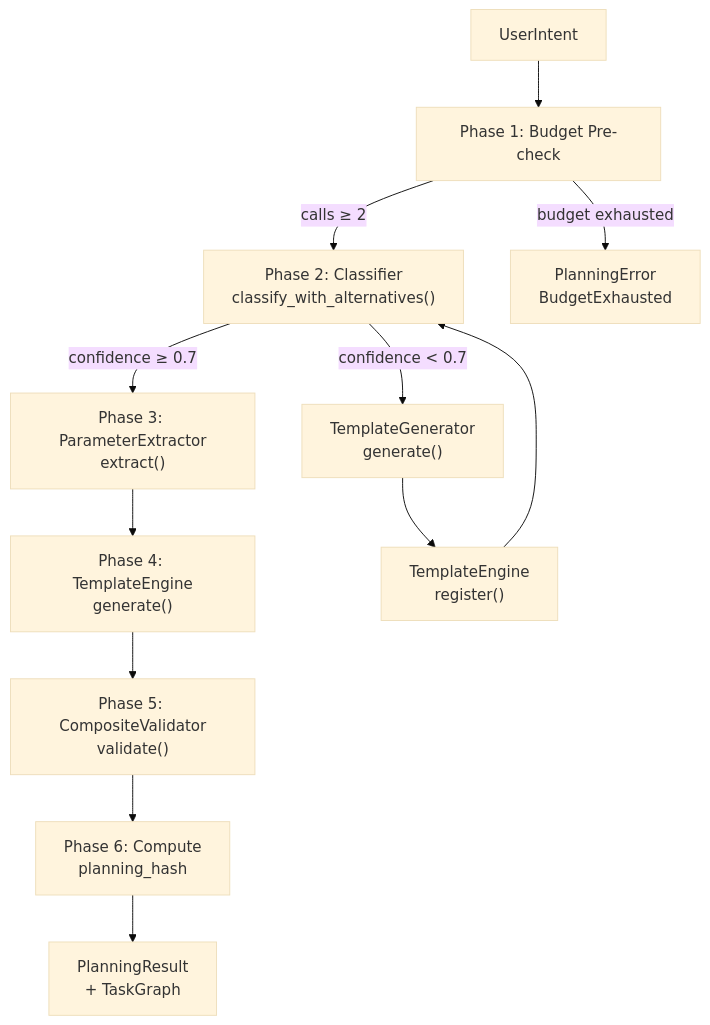
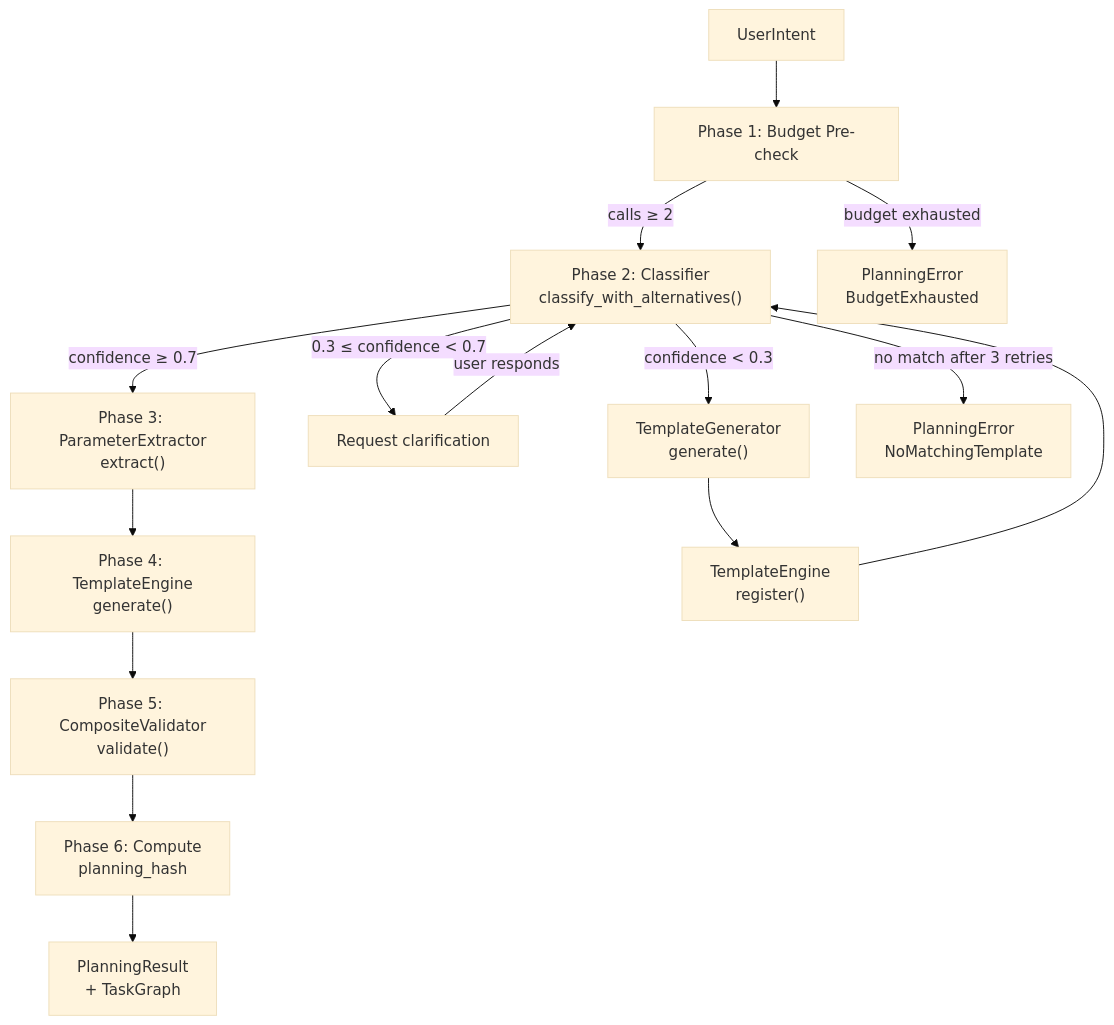
The diagram in engine/.pi/architecture/modules/planning-pipeline.md (arman-jalili/rigorix-oss), drawn with Mermaid (base theme) before and after one commit. The commit also changed other lines of this file and 4 other files, not shown here.

First line of the commit message:
feat(planning): architecture readiness — runbook, DR plan, docs

````diff
--- a/engine/.pi/architecture/modules/planning-pipeline.md
+++ b/engine/.pi/architecture/modules/planning-pipeline.md
@@ -88,26 +128,32 @@
 ```mermaid
 flowchart TB
     UI["UserIntent"] --> PRE["Phase 1: Budget Pre-check"]
     PRE -->|calls ≥ 2| CL["Phase 2: Classifier
 classify_with_alternatives()"]
     
     CL -->|confidence ≥ 0.7| EX["Phase 3: ParameterExtractor
 extract()"]
     EX --> GEN["Phase 4: TemplateEngine
 generate()"]
     GEN --> VAL["Phase 5: CompositeValidator
 validate()"]
     VAL --> HASH["Phase 6: Compute
 planning_hash"]
     HASH --> OUT["PlanningResult
 + TaskGraph"]
     
-    CL -->|confidence < 0.7| TG["TemplateGenerator
+    CL -->|0.3 ≤ confidence < 0.7| CLAR["Request clarification"]
+    CLAR -->|user responds| CL
+    
+    CL -->|confidence < 0.3| TG["TemplateGenerator
 generate()"]
     TG --> REG["TemplateEngine
 register()"]
     REG --> CL
     
     PRE -->|budget exhausted| ERR["PlanningError
 BudgetExhausted"]
+    
+    CL -->|no match after 3 retries| FAIL["PlanningError
+NoMatchingTemplate"]
 ```
````
